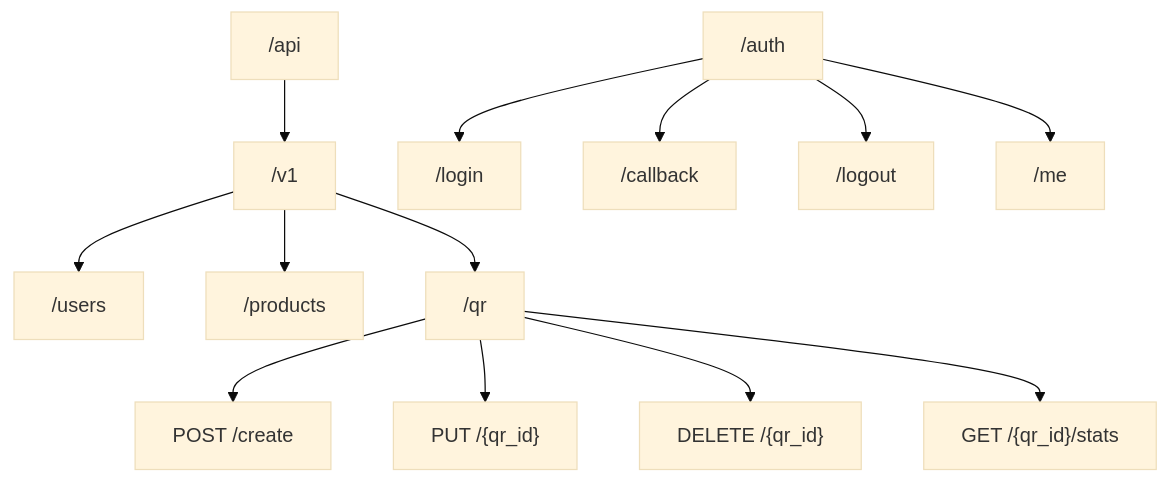
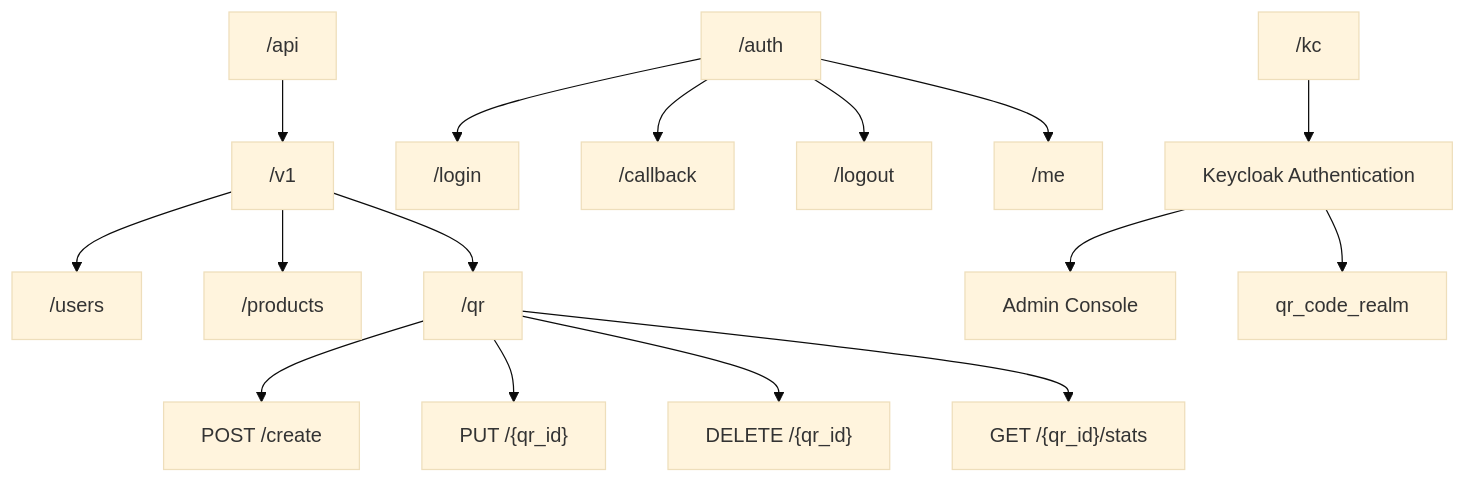
One commit to gsinghjay/mvp_qr_gen changed the seventh of 10 diagrams in STORY.md. Above: the diagram before and after it, drawn with Mermaid (base theme). The commit also changed other lines of this file, not shown here.

Commit message:
docs: update system documentation to include Keycloak migration

````diff
--- a/STORY.md
+++ b/STORY.md
@@ -342,17 +359,21 @@
 ```mermaid
 graph TD
     APIRoot["/api"] --> V1["/v1"]
     V1 --> Users["/users"]
     V1 --> Products["/products"]
     V1 --> QRManagement["/qr"]
     
     QRManagement --> CreateQR["POST /create"]
     QRManagement --> UpdateQR["PUT /{qr_id}"]
     QRManagement --> DeleteQR["DELETE /{qr_id}"]
     QRManagement --> GetQRStats["GET /{qr_id}/stats"]
     
     AuthRoot["/auth"] --> Login["/login"]
     AuthRoot --> Callback["/callback"]
     AuthRoot --> Logout["/logout"]
     AuthRoot --> Me["/me"]
+    
+    KeycloakRoot["/kc"] --> KeycloakAuth[Keycloak Authentication]
+    KeycloakAuth --> KeycloakAdmin[Admin Console]
+    KeycloakAuth --> KeycloakRealm["qr_code_realm"]
 ```
````
